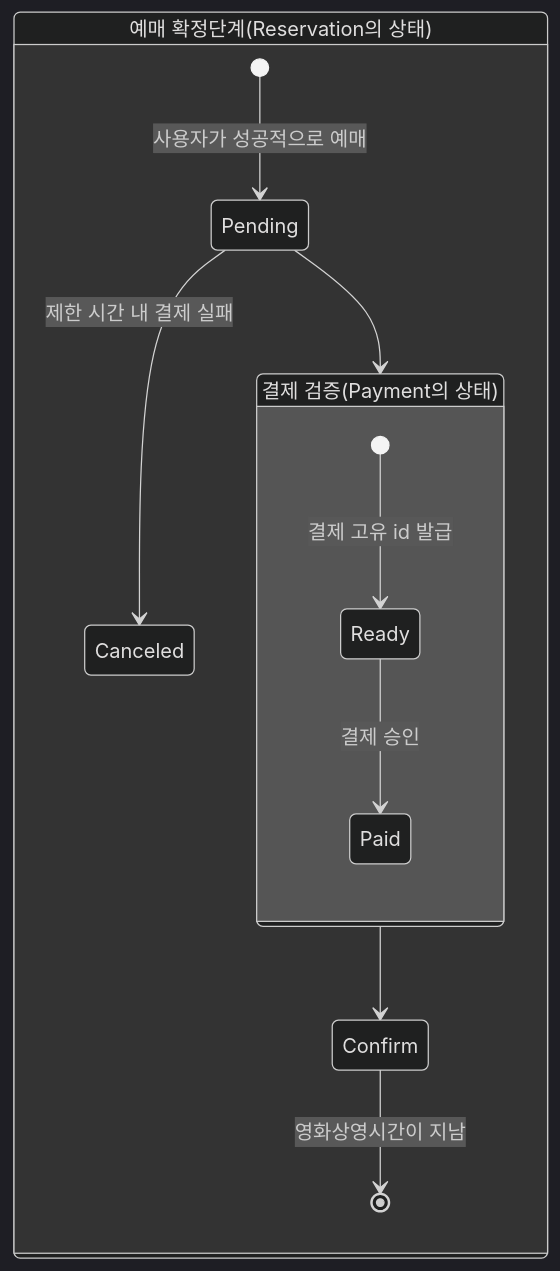
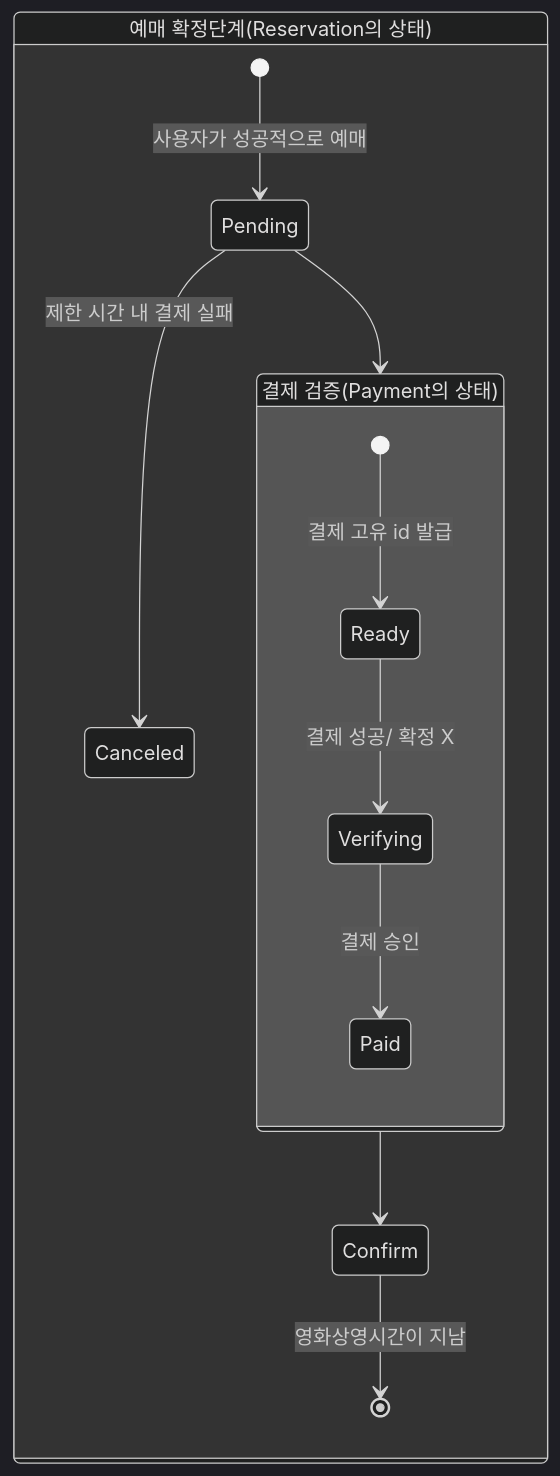
The fourth of 5 diagrams in README.md (js990311/reservation-movie), drawn with Mermaid (dark theme) before and after one commit. The commit also changed other lines of this file and 13 other files, not shown here.

First line of the commit message:
feat: READY 상태와 고객이 돈을 지불한 상태인 VERIFYING 분리

````diff
--- a/README.md
+++ b/README.md
@@ -48,14 +49,15 @@
 ```mermaid
 stateDiagram-v2
         state "예매 확정단계(Reservation의 상태)" as Reservation{
             [*] --> Pending : 사용자가 성공적으로 예매
             Pending --> Payment
             state "결제 검증(Payment의 상태)" as Payment{
                 [*] --> Ready : 결제 고유 id 발급
-                Ready --> Paid : 결제 승인
+                Ready --> Verifying : 결제 성공/ 확정 X
+                Verifying --> Paid : 결제 승인
             }
             Pending --> Canceled : 제한 시간 내 결제 실패
             Payment --> Confirm
             Confirm --> [*] : 영화상영시간이 지남
         }
 ```
````
